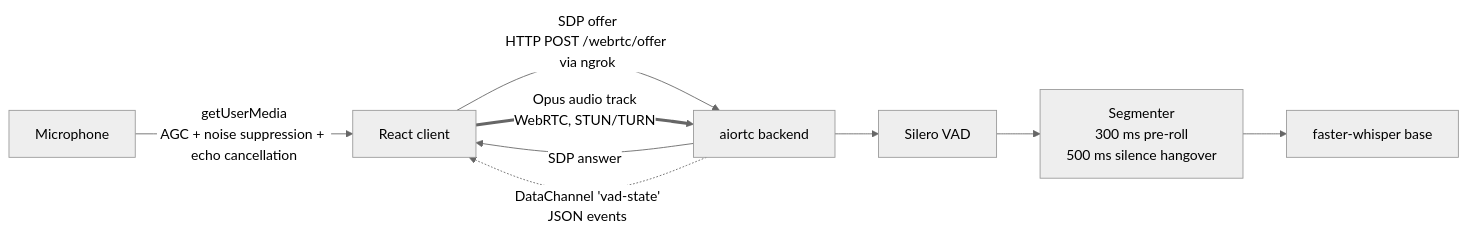
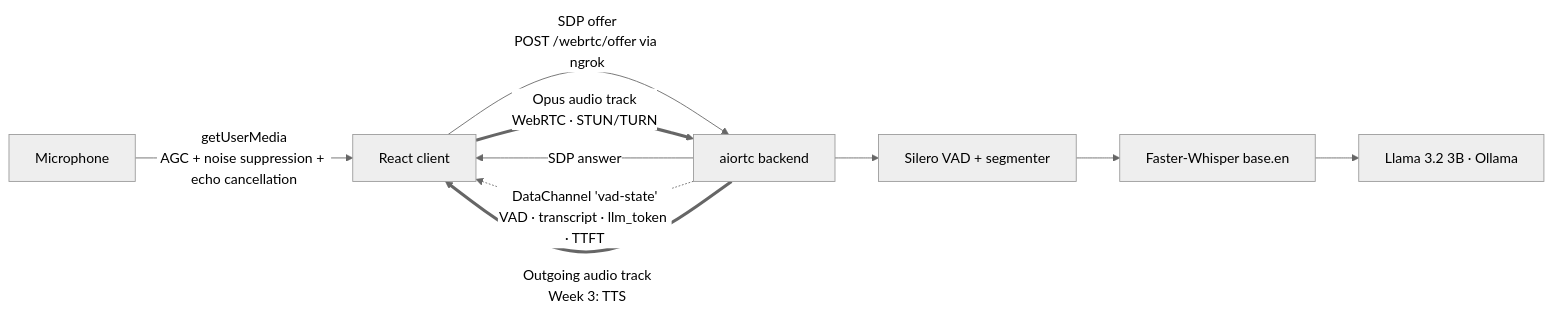
The diagram in README.md (Ankit-builds1/Auralis), drawn with Mermaid (neutral theme) before and after one commit. The commit also changed other lines of this file, not shown here.

````diff
--- a/README.md
+++ b/README.md
@@ -26,11 +27,12 @@
 ```mermaid
 flowchart LR
     A[Microphone] -->|getUserMedia<br/>AGC + noise suppression + echo cancellation| B[React client]
-    B -->|SDP offer<br/>HTTP POST /webrtc/offer via ngrok| C[aiortc backend]
+    B -->|SDP offer<br/>POST /webrtc/offer via ngrok| C[aiortc backend]
     C -->|SDP answer| B
-    B ==>|Opus audio track<br/>WebRTC, STUN/TURN| C
-    C --> D[Silero VAD]
-    D --> E[Segmenter<br/>300 ms pre-roll<br/>500 ms silence hangover]
-    E --> F[faster-whisper base]
-    C -.->|DataChannel 'vad-state'<br/>JSON events| B
+    B ==>|Opus audio track<br/>WebRTC · STUN/TURN| C
+    C --> D[Silero VAD + segmenter]
+    D --> E[Faster-Whisper base.en]
+    E --> F[Llama 3.2 3B · Ollama]
+    C -.->|DataChannel 'vad-state'<br/>VAD · transcript · llm_token · TTFT| B
+    C ==>|Outgoing audio track<br/>Week 3: TTS| B
 ```
````
